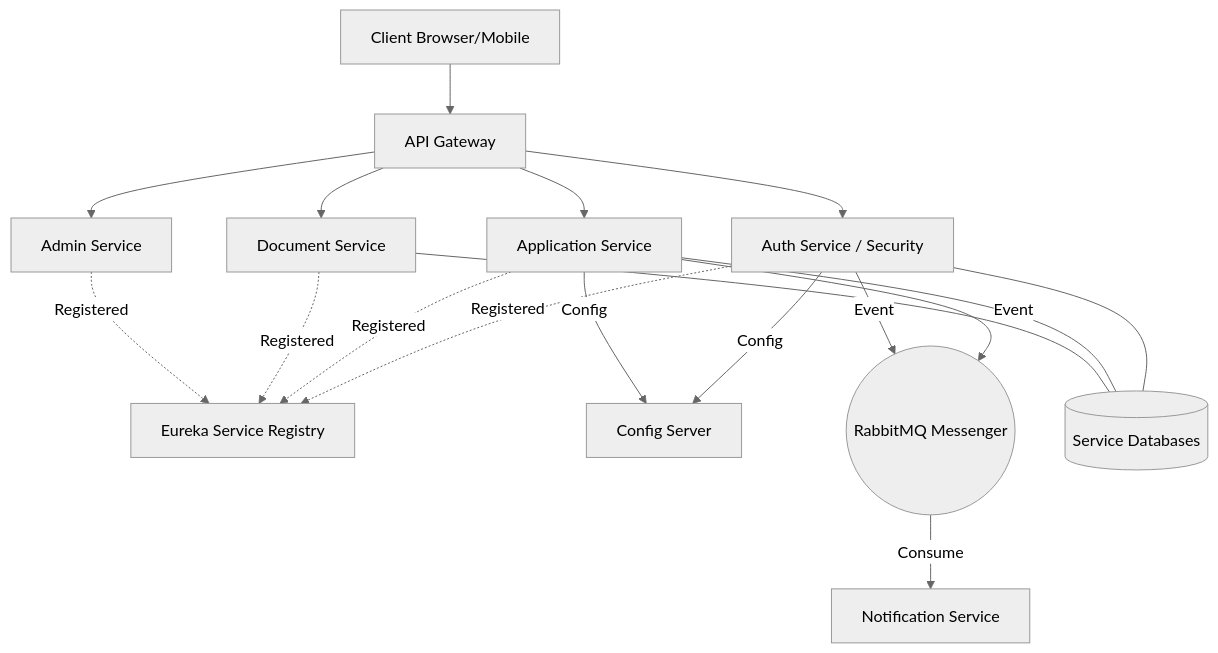
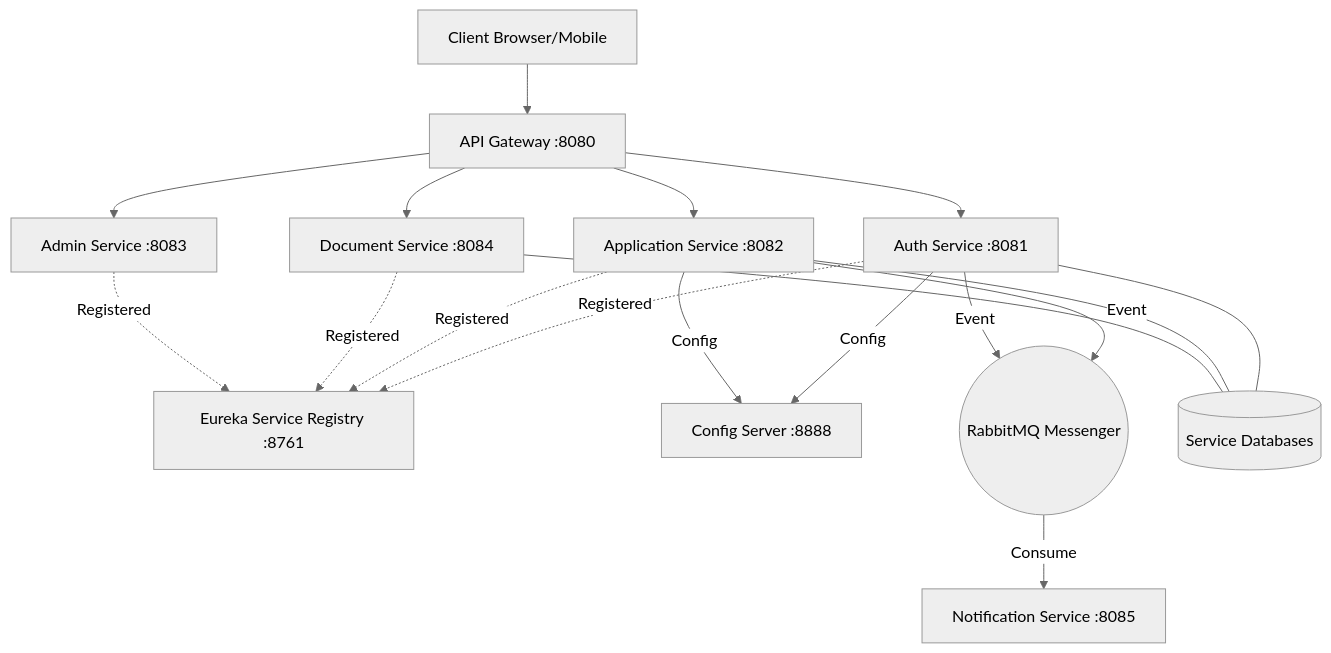
One commit to durgaaprasadch/FinFlow changed the diagram in finflow_backend-main/README.md. Above: the diagram before and after it, drawn with Mermaid (neutral theme). The commit also changed other lines of this file and 78 other files, not shown here.

````diff
--- a/finflow_backend-main/README.md
+++ b/finflow_backend-main/README.md
@@ -19,36 +16,36 @@
 ```mermaid
 graph TD
     Client[Client Browser/Mobile]
-    Gateway[API Gateway]
-    Eureka[Eureka Service Registry]
-    Auth[Auth Service / Security]
-    Config[Config Server]
-    Application[Application Service]
-    Document[Document Service]
-    Admin[Admin Service]
-    Notification[Notification Service]
+    Gateway[API Gateway :8080]
+    Eureka[Eureka Service Registry :8761]
+    Auth[Auth Service :8081]
+    Config[Config Server :8888]
+    Application[Application Service :8082]
+    Document[Document Service :8084]
+    Admin[Admin Service :8083]
+    Notification[Notification Service :8085]
     RabbitMQ((RabbitMQ Messenger))
     DB[(Service Databases)]
 
     Client --> Gateway
     Gateway --> Auth
     Gateway --> Application
     Gateway --> Document
     Gateway --> Admin
 
     Auth -. Registered .-> Eureka
     Application -. Registered .-> Eureka
     Document -. Registered .-> Eureka
     Admin -. Registered .-> Eureka
 
     Application -- Event --> RabbitMQ
     RabbitMQ -- Consume --> Notification
     Auth -- Event --> RabbitMQ
     
     Auth -- Config --> Config
     Application -- Config --> Config
 
     Auth --- DB
     Application --- DB
     Document --- DB
 ```
````
